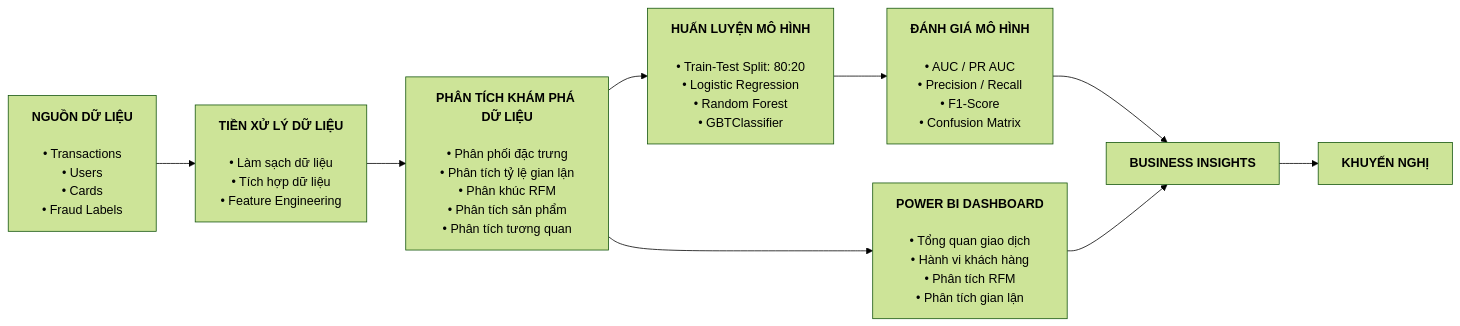
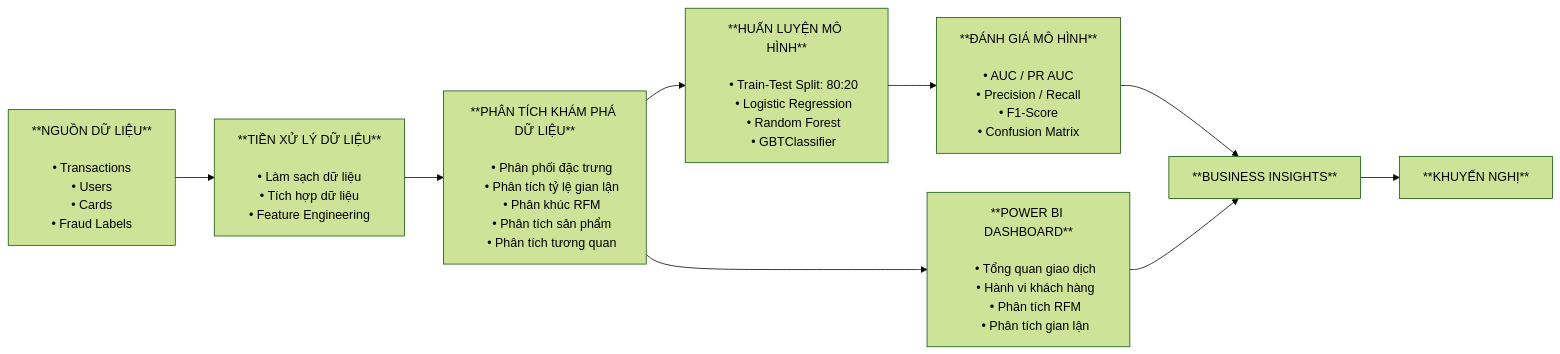
Before and after one commit to ngocminh0123/Banking-Transaction-Analysis: the diagram in README_vi.md, drawn with Mermaid (forest theme).

Commit message:
fix: project workflow 2

````diff
--- a/README_vi.md
+++ b/README_vi.md
@@ -96,24 +96,54 @@
 ```mermaid
 flowchart LR
 
-    A["<b>NGUỒN DỮ LIỆU</b><br><br>&bull; Transactions<br>&bull; Users<br>&bull; Cards<br>&bull; Fraud Labels"]
+    A["**NGUỒN DỮ LIỆU**
 
-    B["<b>TIỀN XỬ LÝ DỮ LIỆU</b><br><br>&bull; Làm sạch dữ liệu<br>&bull; Tích hợp dữ liệu<br>&bull; Feature Engineering"]
+    • Transactions
+    • Users
+    • Cards
+    • Fraud Labels"]
 
-    C["<b>PHÂN TÍCH KHÁM PHÁ DỮ LIỆU</b><br><br>&bull; Phân phối đặc trưng<br>&bull; Phân tích tỷ lệ gian lận<br>&bull; Phân khúc RFM<br>&bull; Phân tích sản phẩm<br>&bull; Phân tích tương quan"]
+    B["**TIỀN XỬ LÝ DỮ LIỆU**
 
-    D["<b>HUẤN LUYỆN MÔ HÌNH</b><br><br>&bull; Train-Test Split: 80:20<br>&bull; Logistic Regression<br>&bull; Random Forest<br>&bull; GBTClassifier"]
+    • Làm sạch dữ liệu
+    • Tích hợp dữ liệu
+    • Feature Engineering"]
 
-    E["<b>ĐÁNH GIÁ MÔ HÌNH</b><br><br>&bull; AUC / PR AUC<br>&bull; Precision / Recall<br>&bull; F1-Score<br>&bull; Confusion Matrix"]
+    C["**PHÂN TÍCH KHÁM PHÁ DỮ LIỆU**
 
-    F["<b>POWER BI DASHBOARD</b><br><br>&bull; Tổng quan giao dịch<br>&bull; Hành vi khách hàng<br>&bull; Phân tích RFM<br>&bull; Phân tích gian lận"]
+    • Phân phối đặc trưng
+    • Phân tích tỷ lệ gian lận
+    • Phân khúc RFM
+    • Phân tích sản phẩm
+    • Phân tích tương quan"]
 
-    G["<b>BUSINESS INSIGHTS</b>"]
+    D["**HUẤN LUYỆN MÔ HÌNH**
 
-    H["<b>KHUYẾN NGHỊ</b>"]
+    • Train-Test Split: 80:20
+    • Logistic Regression
+    • Random Forest
+    • GBTClassifier"]
+
+    E["**ĐÁNH GIÁ MÔ HÌNH**
+
+    • AUC / PR AUC
+    • Precision / Recall
+    • F1-Score
+    • Confusion Matrix"]
+
+    F["**POWER BI DASHBOARD**
+
+    • Tổng quan giao dịch
+    • Hành vi khách hàng
+    • Phân tích RFM
+    • Phân tích gian lận"]
+
+    G["**BUSINESS INSIGHTS**"]
+
+    H["**KHUYẾN NGHỊ**"]
 
     A --> B --> C
     C --> D --> E --> G
     C --> F --> G
     G --> H
 ```
````
